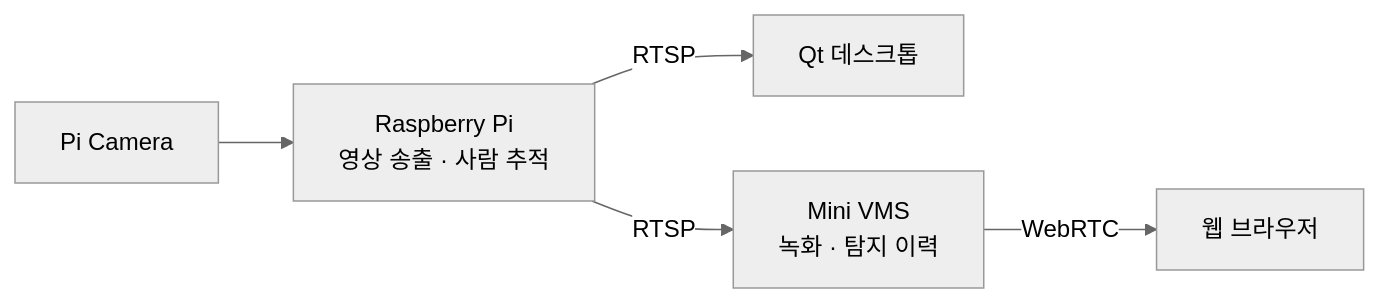
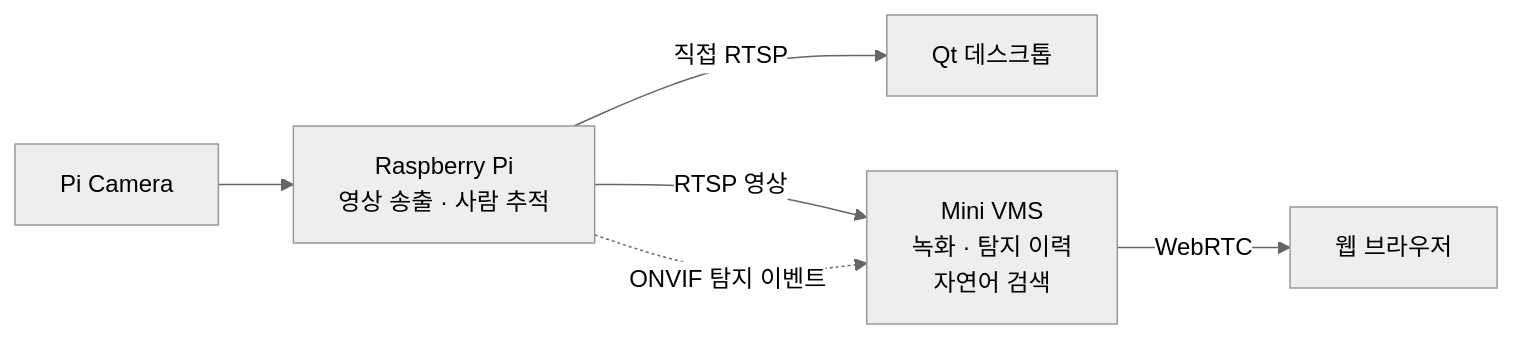
One commit to PTZ-CAMERA/.github changed the first of 2 diagrams in profile/README.md. Above: the diagram before and after it, drawn with Mermaid (neutral theme). The commit also changed other lines of this file, not shown here.

Commit message:
Show natural-language recording search in the architecture diagram

````diff
--- a/profile/README.md
+++ b/profile/README.md
@@ -26,7 +26,8 @@
 ```mermaid
 flowchart LR
     cam["Pi Camera"] --> pi["Raspberry Pi<br/>영상 송출 · 사람 추적"]
-    pi -->|"RTSP"| qt["Qt 데스크톱"]
-    pi -->|"RTSP"| vms["Mini VMS<br/>녹화 · 탐지 이력"]
+    pi -->|"직접 RTSP"| qt["Qt 데스크톱"]
+    pi -->|"RTSP 영상"| vms["Mini VMS<br/>녹화 · 탐지 이력<br/>자연어 검색"]
+    pi -.->|"ONVIF 탐지 이벤트"| vms
     vms -->|"WebRTC"| web["웹 브라우저"]
 ```
````
